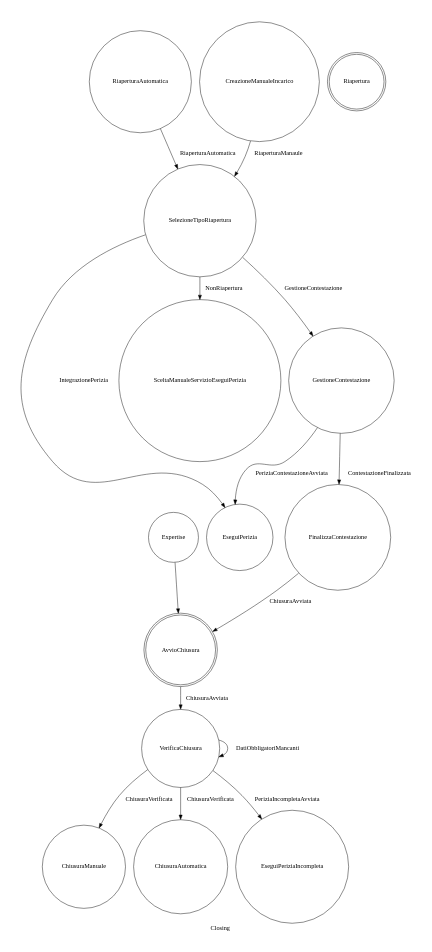
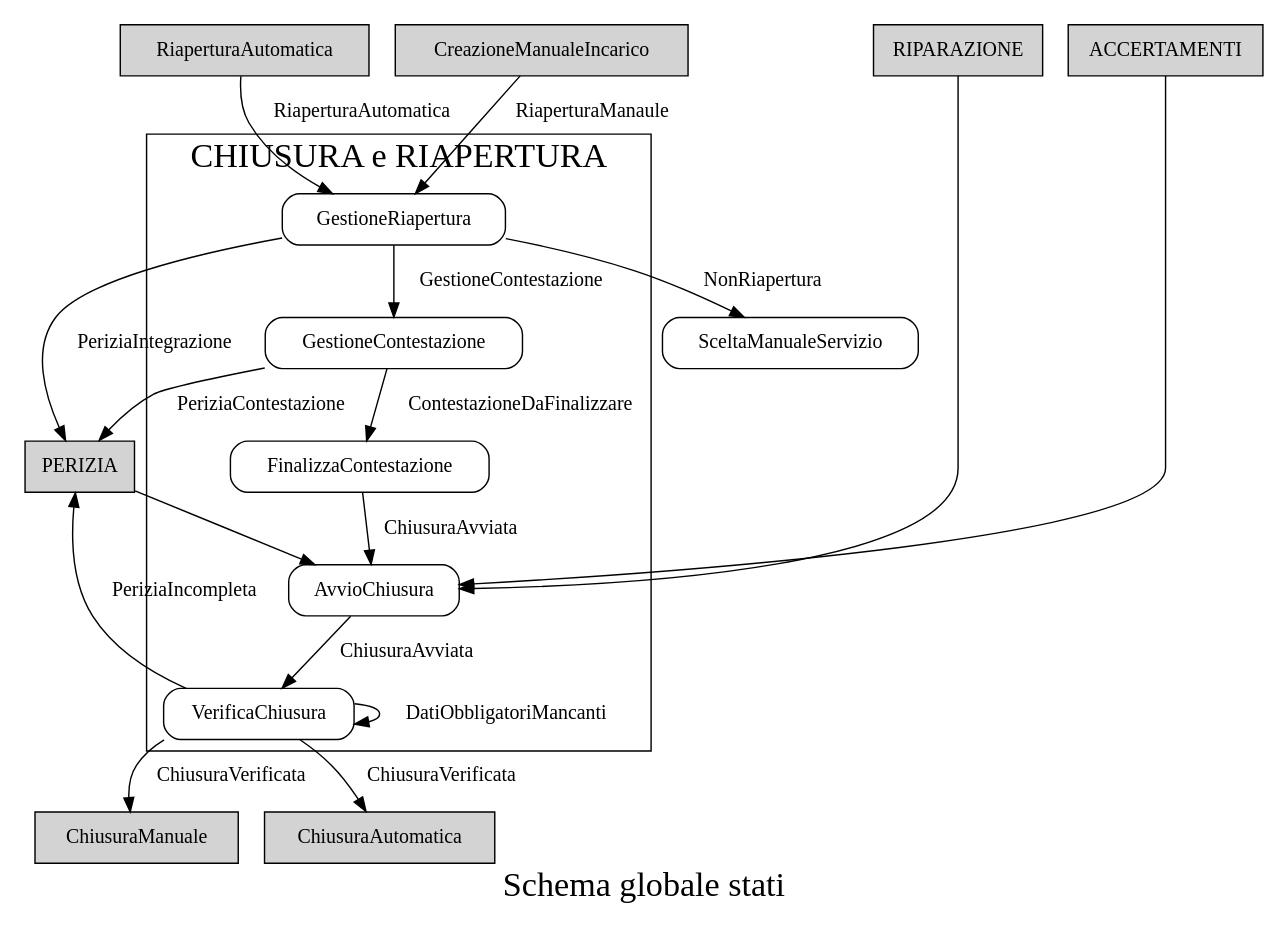
Before and after one commit to mauriziocaronni/stateDiagramPython: the diagram in closing/closing.dot, drawn with Graphviz. The commit also changed 19 other files, not shown here.

```diff
--- a/closing/closing.dot
+++ b/closing/closing.dot
@@ -1,29 +1,63 @@
 digraph finite_state_machine {
-    rankdir=TB;
+    rankdir=TD;
+	rank =same
     size="8,5"
-    label="Closing"
-    node [shape = doublecircle]; AvvioChiusura Riapertura;
-    node [shape = circle];
+    fontsize = "24"
+    label="Schema globale stati"
+    node [shape=box,style=rounded ];
+ 
+	subgraph start {
+			node [shape = "box" style = "filled" ];
+			label = "start";
+			CreazioneManualeIncarico
+			RiaperturaAutomatica
+			ACCERTAMENTI
+			RIPARAZIONE
+	}
+	
+	subgraph end {
+			node [shape = "box" style = "filled" ];
+			label = "end";
+			rank = sink
+			ChiusuraManuale
+			ChiusuraAutomatica
+	}
+		
+	subgraph cluster_chiusura {
+		node [shape=box,style=rounded ];
+		label = "CHIUSURA e RIAPERTURA";
+		AvvioChiusura
+		VerificaChiusura
+		GestioneRiapertura
+		GestioneContestazione
+		FinalizzaContestazione
+	}
 
 
+        
+ 
+
+    AvvioChiusura              -> VerificaChiusura        [ label = "ChiusuraAvviata"]
+    VerificaChiusura           -> ChiusuraManuale         [ label = "ChiusuraVerificata"]
+    VerificaChiusura           -> ChiusuraAutomatica      [ label = "ChiusuraVerificata"]
+    VerificaChiusura           -> VerificaChiusura        [ label = "DatiObbligatoriMancanti"]
+	RiaperturaAutomatica         -> GestioneRiapertura      [ label = "RiaperturaAutomatica" ]
+	CreazioneManualeIncarico   ->  GestioneRiapertura    [ label = "RiaperturaManaule" ]
+
+    GestioneRiapertura    ->  SceltaManualeServizio [ label = "NonRiapertura"]
+    GestioneRiapertura    ->  GestioneContestazione [ label = "GestioneContestazione"]
+
+    GestioneContestazione       -> FinalizzaContestazione [ label = "ContestazioneDaFinalizzare"]
+    FinalizzaContestazione      -> AvvioChiusura          [ label = "ChiusuraAvviata"]
 
 
-        Expertise                  -> AvvioChiusura
-        AvvioChiusura              -> VerificaChiusura       [ label = "ChiusuraAvviata"]
-        VerificaChiusura           -> ChiusuraManuale       [ label = "ChiusuraVerificata"]
-        VerificaChiusura           -> ChiusuraAutomatica    [ label = "ChiusuraVerificata"]
-        VerificaChiusura           -> VerificaChiusura       [ label = "DatiObbligatoriMancanti"]
-        VerificaChiusura           -> EseguiPeriziaIncompleta       [ label = "PeriziaIncompletaAvviata"]
-        
-        RiaperturaAutomatica       -> SelezioneTipoRiapertura [ label = "RiaperturaAutomatica" ]
-        CreazioneManualeIncarico   -> SelezioneTipoRiapertura [ label = "RiaperturaManaule" ]
-        SelezioneTipoRiapertura    ->  EseguiPerizia          [ label = "IntegrazionePerizia"]
-        SelezioneTipoRiapertura    ->  SceltaManualeServizioEseguiPerizia [ label = "NonRiapertura"]
-        SelezioneTipoRiapertura    ->  GestioneContestazione [ label = "GestioneContestazione"]
-
-        GestioneContestazione       -> EseguiPerizia          [ label = "PeriziaContestazioneAvviata"]
-        GestioneContestazione       -> FinalizzaContestazione [ label = "ContestazioneFinalizzata"]
-        FinalizzaContestazione      -> AvvioChiusura          [ label = "ChiusuraAvviata"]
-
+	node [shape=box,style=rounded  style = filled];
+	color = grey
+ 	ACCERTAMENTI                    -> AvvioChiusura    
+    PERIZIA                         -> AvvioChiusura             
+	RIPARAZIONE                     -> AvvioChiusura     
+    VerificaChiusura           -> PERIZIA				  [ label = "PeriziaIncompleta"]
+	GestioneRiapertura          ->  PERIZIA   [ label = "PeriziaIntegrazione" ]
+	GestioneContestazione       -> PERIZIA [ label = "PeriziaContestazione" ]
 
 }
```
